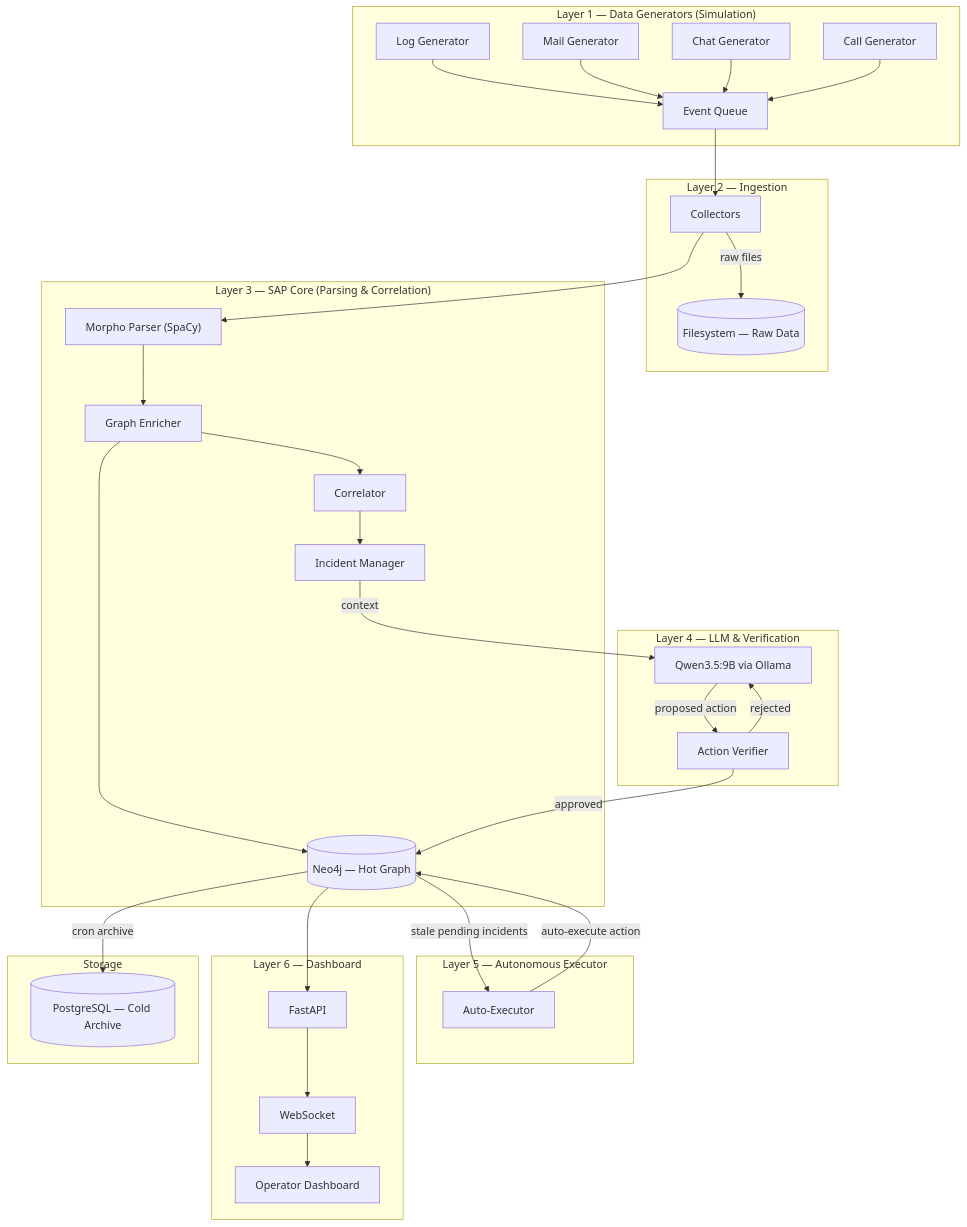
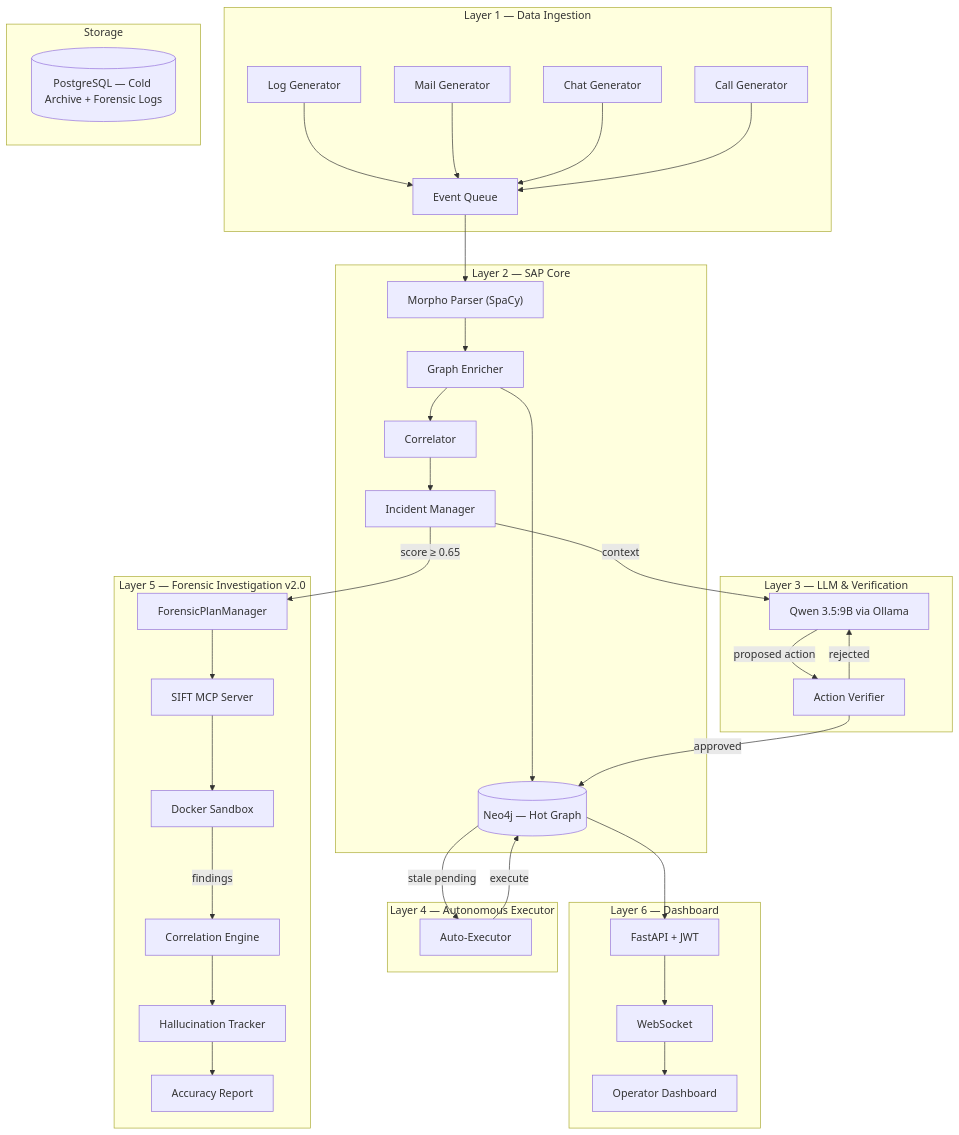
The diagram in README.md (artikulus1301/Paladin), drawn with Mermaid before and after one commit. The commit also changed other lines of this file, not shown here.

````diff
--- a/README.md
+++ b/README.md
@@ -9,49 +13,50 @@
 ```mermaid
 graph TB
-    subgraph "Layer 1 — Data Generators (Simulation)"
+    subgraph "Layer 1 — Data Ingestion"
         LG[Log Generator] --> Q[Event Queue]
         MG[Mail Generator] --> Q
         CG[Chat Generator] --> Q
         KG[Call Generator] --> Q
     end
 
-    subgraph "Layer 2 — Ingestion"
-        Q --> COL[Collectors]
-        COL --> |raw files| FS[Filesystem]
-    end
-
-    subgraph "Layer 3 — SAP Core (Parsing & Correlation)"
-        COL --> MP["Morpho Parser (SpaCy)"]
+    subgraph "Layer 2 — SAP Core"
+        Q --> MP["Morpho Parser (SpaCy)"]
         MP --> GE[Graph Enricher]
-        GE --> NEO[Neo4j]
+        GE --> NEO[(Neo4j)]
         GE --> COR[Correlator]
         COR --> IM[Incident Manager]
     end
 
-    subgraph "Layer 4 — LLM & Verification"
-        IM --> |context| LLM[Qwen3.5:9B via Ollama]
-        LLM --> |proposed action| VER
-        VER[Action Verifier]
-        VER --> |approved| NEO
-        VER --> |rejected| LLM
+    subgraph "Layer 3 — LLM & Verification"
+        IM -->|context| LLM[Qwen 3.5:9B via Ollama]
+        LLM -->|proposed action| VER[Action Verifier]
+        VER -->|approved| NEO
+        VER -->|rejected| LLM
     end
 
-    subgraph "Layer 5 — Autonomous Executor"
+    subgraph "Layer 4 — Autonomous Executor"
         AE[Auto-Executor]
-        NEO --> |stale pending incidents| AE
-        AE --> |auto-execute action| NEO
+        NEO -->|stale pending| AE
+        AE -->|execute| NEO
+    end
+
+    subgraph "Layer 5 — Forensic Investigation v2.0"
+        IM -->|"score ≥ 0.65"| FPM[ForensicPlanManager]
+        FPM --> MCP[SIFT MCP Server]
+        MCP --> SB[Docker Sandbox]
+        SB -->|findings| CE[Correlation Engine]
+        CE --> HT[Hallucination Tracker]
+        HT --> AR[Accuracy Report]
     end
 
     subgraph "Layer 6 — Dashboard"
-        NEO --> API[FastAPI]
+        NEO --> API[FastAPI + JWT]
         API --> WS[WebSocket]
         WS --> UI[Operator Dashboard]
     end
 
     subgraph "Storage"
         NEO[(Neo4j — Hot Graph)]
-        PG[(PostgreSQL — Cold Archive)]
-        FS[(Filesystem — Raw Data)]
-        NEO --> |cron archive| PG
+        PG[(PostgreSQL — Cold Archive + Forensic Logs)]
     end
 ```
````
